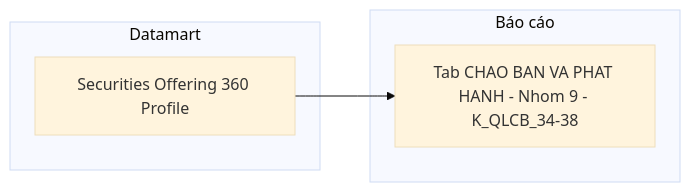
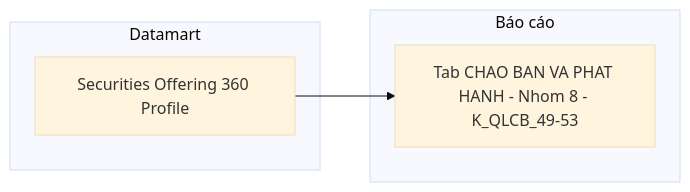
One commit to linhlvit/ubck_atomic_design changed diagram 19 of 22 in Datamart/hld/DTM_QLCB_HLD.md. Above: the diagram before and after it, drawn with Mermaid (base theme). The commit also changed other lines of this file and 17 other files, not shown here.

````diff
--- a/Datamart/hld/DTM_QLCB_HLD.md
+++ b/Datamart/hld/DTM_QLCB_HLD.md
@@ -882,10 +942,10 @@
 ```mermaid
 flowchart LR
     subgraph Datamart["Datamart"]
         G1["Securities Offering 360 Profile"]
     end
     subgraph RPT["Báo cáo"]
-        R9["Tab CHAO BAN VA PHAT HANH - Nhom 9 - K_QLCB_34-38"]
+        R8["Tab CHAO BAN VA PHAT HANH - Nhom 8 - K_QLCB_49-53"]
     end
-    G1 --> R9
+    G1 --> R8
 ```
````
